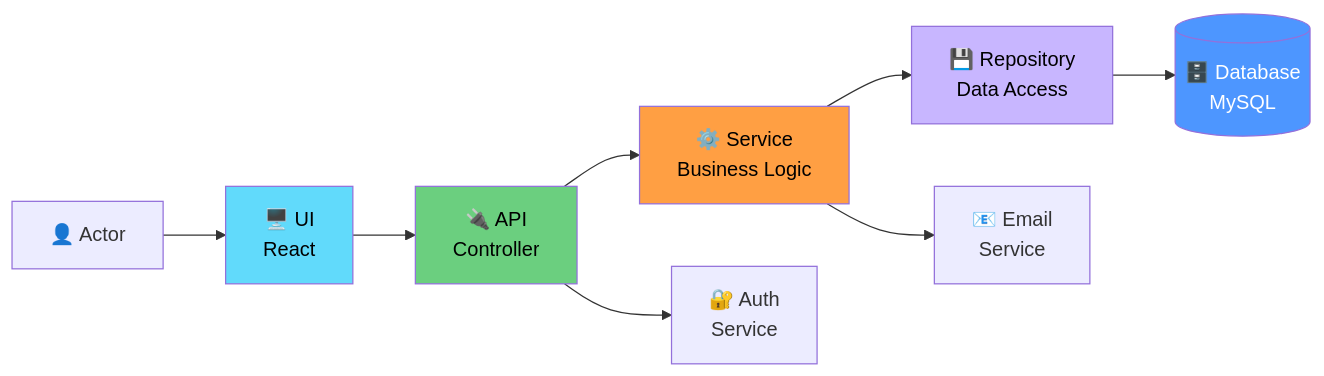
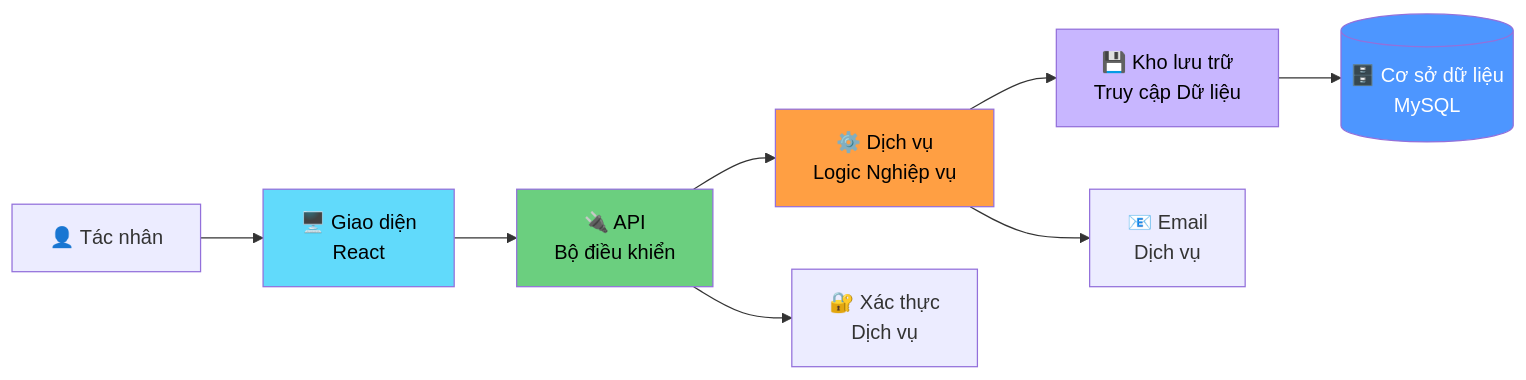
One commit to Ng0cTh4nhk5/ufpms-docs changed the first of 2 diagrams in docs/06_Diagrams/Sequence/README.md. Above: the diagram before and after it, drawn with Mermaid. The commit also changed other lines of this file and 70 other files, not shown here.

````diff
--- a/docs/06_Diagrams/Sequence/README.md
+++ b/docs/06_Diagrams/Sequence/README.md
@@ -21,17 +21,17 @@
 ```mermaid
 graph LR
-    Actor[👤 Actor] --> UI[🖥️ UI<br/>React]
-    UI --> API[🔌 API<br/>Controller]
-    API --> SVC[⚙️ Service<br/>Business Logic]
-    SVC --> REPO[💾 Repository<br/>Data Access]
-    REPO --> DB[(🗄️ Database<br/>MySQL)]
+    Actor[👤 Tác nhân] --> UI[🖥️ Giao diện<br/>React]
+    UI --> API[🔌 API<br/>Bộ điều khiển]
+    API --> SVC[⚙️ Dịch vụ<br/>Logic Nghiệp vụ]
+    SVC --> REPO[💾 Kho lưu trữ<br/>Truy cập Dữ liệu]
+    REPO --> DB[(🗄️ Cơ sở dữ liệu<br/>MySQL)]
     
-    SVC --> EMAIL[📧 Email<br/>Service]
-    API --> AUTH[🔐 Auth<br/>Service]
+    SVC --> EMAIL[📧 Email<br/>Dịch vụ]
+    API --> AUTH[🔐 Xác thực<br/>Dịch vụ]
     
     style UI fill:#61dafb,color:#000
     style API fill:#6bcf7f,color:#000
     style SVC fill:#ff9f43,color:#000
     style REPO fill:#c8b6ff,color:#000
     style DB fill:#4d96ff,color:#fff
 ```
````
